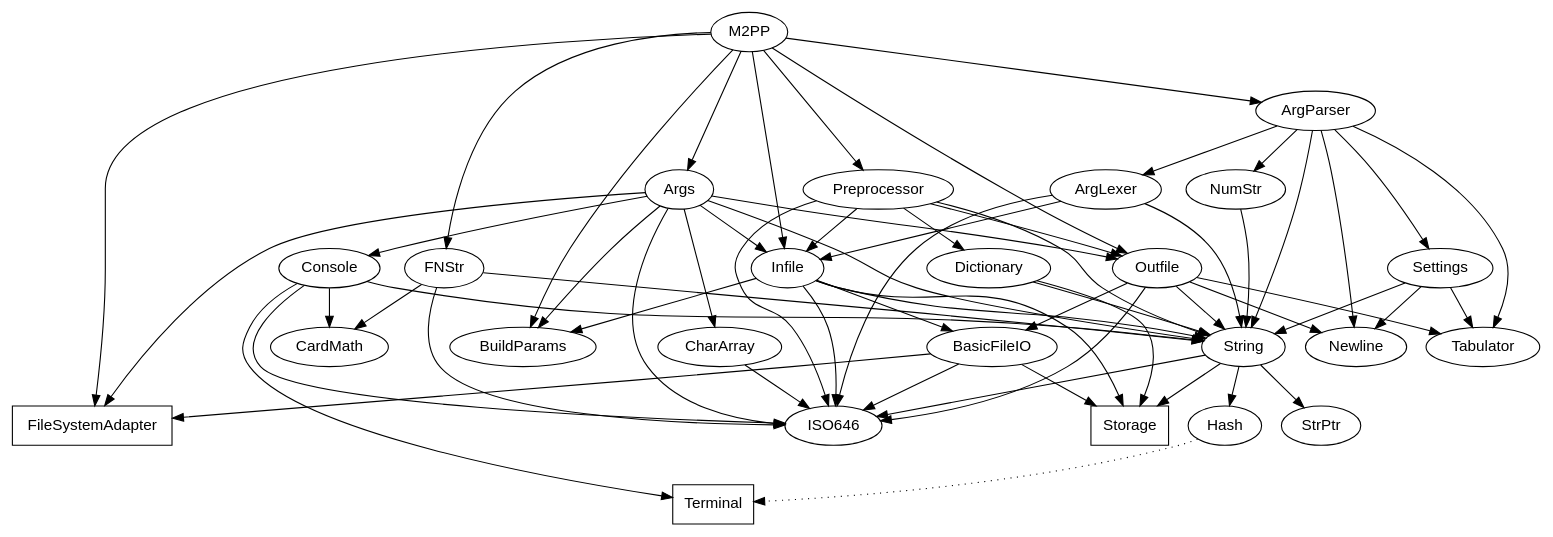
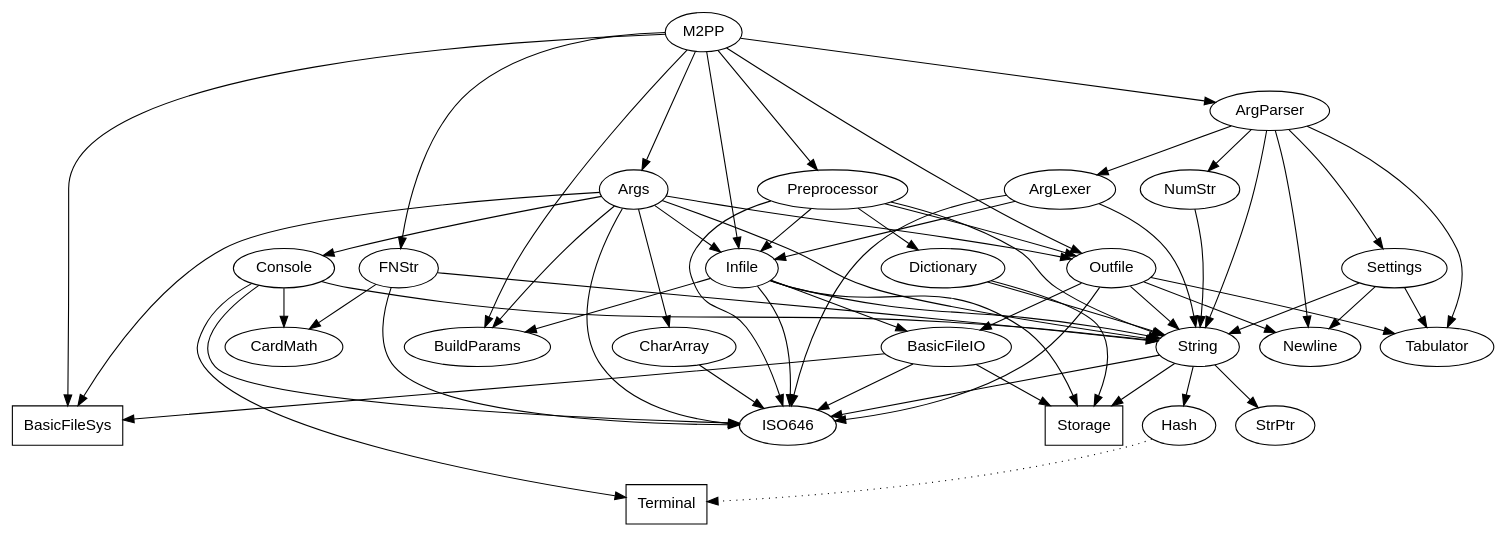
The diagram in M2PP.dep.dot (m2sf/M2PP-Module-Dependency-Graphs), drawn with Graphviz before and after one commit. The commit also changed 3 other files, not shown here.

```diff
--- a/M2PP.dep.dot
+++ b/M2PP.dep.dot
@@ -1,92 +1,90 @@
 digraph M2PPDep {
   node [fontname=helvetica];
 
   M2PP -> {
-    Args ArgParser BuildParams FileSystemAdapter FNStr Infile Outfile
-    Preprocessor
+    Args ArgParser BuildParams BasicFileSys FNStr Infile Outfile Preprocessor
   };
   
   Args -> {
-    BuildParams CharArray Console FileSystemAdapter Infile ISO646 Outfile
-    String
+    BuildParams CharArray Console BasicFileSys Infile ISO646 Outfile String
   };
   
   BuildParams; /* no dependencies */
   
   CharArray -> {
     ISO646
   };
   
   ISO646; /* no dependencies */
   
   Console -> {
     CardMath ISO646 String Terminal
   };
   
   CardMath; /* no dependencies */
   
   String -> {
     Hash ISO646 Storage StrPtr
   };
   
   edge [style=dotted];
   Hash -> {
     Terminal
   };
   edge [style=none];
   
   Terminal [shape=box]; /* stdlib */
   
   Storage [shape=box]; /* stdlib */
   
   StrPtr; /* no dependencies */  
   
-  FileSystemAdapter [shape=box];
+  BasicFileSys [shape=box];
   
   Infile -> {
     BasicFileIO BuildParams ISO646 Storage String
   };
   
   BasicFileIO -> {
-    FileSystemAdapter ISO646 Storage
+    BasicFileSys ISO646 Storage
   };
   
   Outfile -> {
     BasicFileIO ISO646 Newline String Tabulator
   };
   
   Newline; /* no dependencies */  
   
   Tabulator; /* no dependencies */  
   
   ArgParser -> {
     ArgLexer Newline NumStr Settings String Tabulator
   };
   
   ArgLexer -> {
     Infile ISO646 String
   };
     
   NumStr -> {
     String
   };
     
   Settings -> {
     String Newline Tabulator
   };
   
   FNStr -> {
     CardMath ISO646 String
   };
   
   CardMath; /* no dependencies */
   
   Preprocessor -> {
     Dictionary Infile ISO646 Outfile String
   };
   
   Dictionary -> {
     Storage String
   };
   
 } /* M2PPDep */
```
